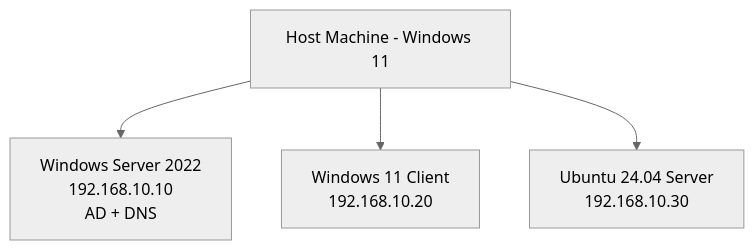
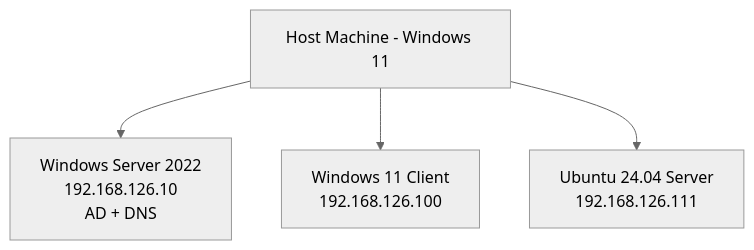
One commit to koizukusnm/it-support-home-lab changed the diagram in documentation/network-architecture.md. Above: the diagram before and after it, drawn with Mermaid (neutral theme). The commit also changed other lines of this file, not shown here.

````diff
--- a/documentation/network-architecture.md
+++ b/documentation/network-architecture.md
@@ -18,6 +18,6 @@
 ```mermaid
 graph TD
-A[Host Machine - Windows 11] --> B[Windows Server 2022<br>192.168.10.10<br>AD + DNS]
-A --> C[Windows 11 Client<br>192.168.10.20]
-A --> D[Ubuntu 24.04 Server<br>192.168.10.30]
+A[Host Machine - Windows 11] --> B[Windows Server 2022<br>192.168.126.10<br>AD + DNS]
+A --> C[Windows 11 Client<br>192.168.126.100]
+A --> D[Ubuntu 24.04 Server<br>192.168.126.111]
 ```
````
